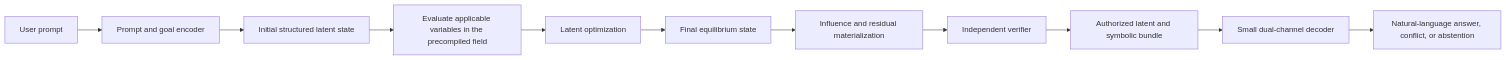
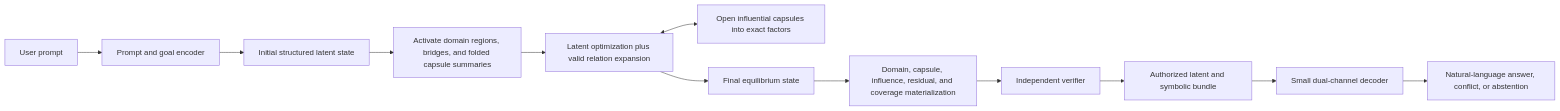
The second of 7 diagrams in docs/architecture.md (rishi-ie/LTM), drawn with Mermaid before and after one commit. The commit also changed other lines of this file and 2 other files, not shown here.

````diff
--- a/docs/architecture.md
+++ b/docs/architecture.md
@@ -51,16 +56,19 @@
 ```mermaid
 flowchart LR
     A["User prompt"]
     B["Prompt and goal encoder"]
     C["Initial structured latent state"]
-    D["Evaluate applicable variables in the precompiled field"]
-    E["Latent optimization"]
+    D["Activate domain regions, bridges, and folded capsule summaries"]
+    E["Latent optimization plus valid relation expansion"]
+    O["Open influential capsules into exact factors"]
     F["Final equilibrium state"]
-    G["Influence and residual materialization"]
+    G["Domain, capsule, influence, residual, and coverage materialization"]
     H["Independent verifier"]
     I["Authorized latent and symbolic bundle"]
     J["Small dual-channel decoder"]
     K["Natural-language answer, conflict, or abstention"]
 
-    A --> B --> C --> D --> E --> F --> G --> H --> I --> J --> K
+    A --> B --> C --> D --> E
+    E <--> O
+    E --> F --> G --> H --> I --> J --> K
 ```
````
